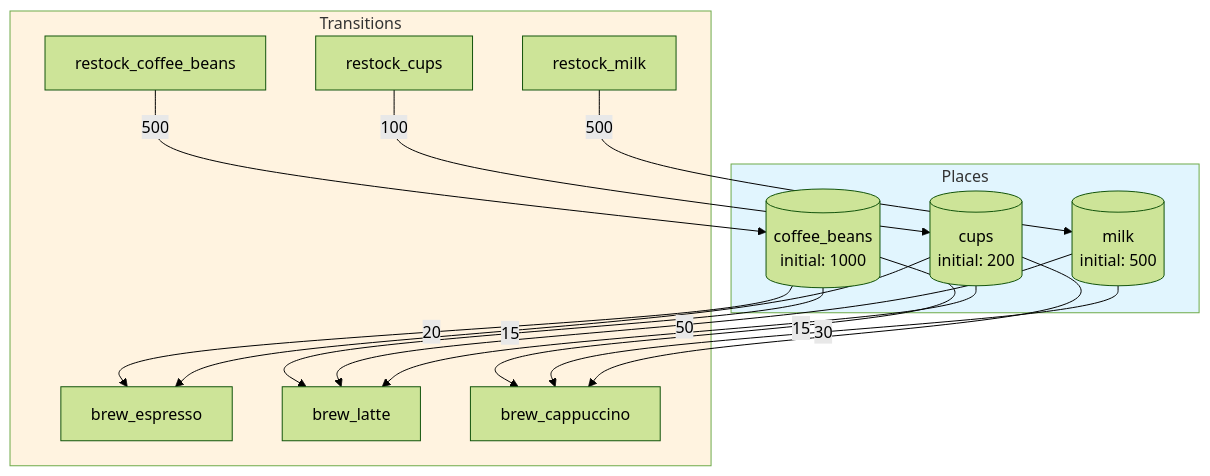
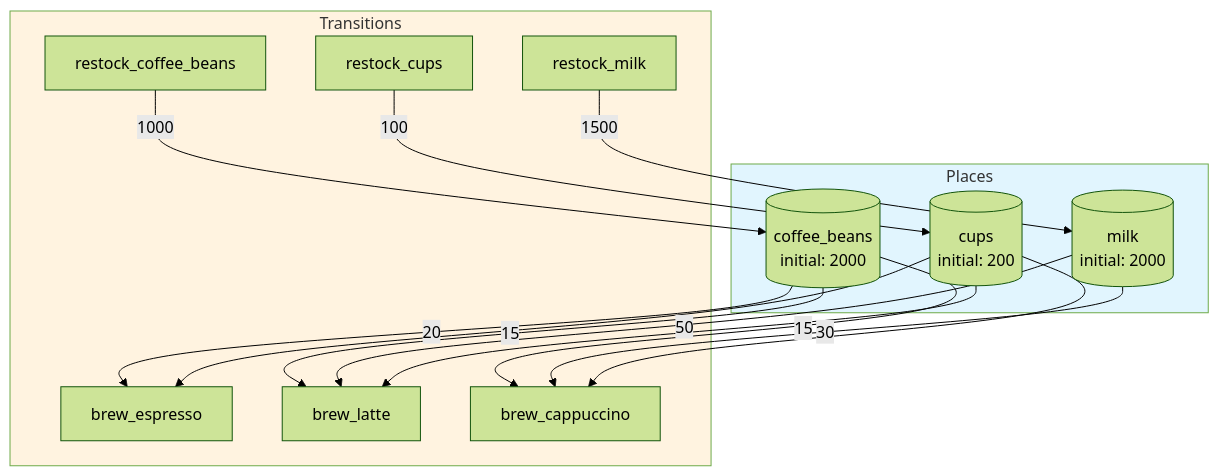
The second of 3 diagrams in generated/cafe/pantry/README.md (pflow-xyz/petri-pilot), drawn with Mermaid (forest theme) before and after one commit. The commit also changed other lines of this file and 45 other files, not shown here.

````diff
--- a/generated/cafe/pantry/README.md
+++ b/generated/cafe/pantry/README.md
@@ -88,39 +94,39 @@
 ```mermaid
 flowchart TD
     subgraph Places
-        PlaceCoffeeBeans[("coffee_beans<br/>initial: 1000")]
-        PlaceMilk[("milk<br/>initial: 500")]
+        PlaceCoffeeBeans[("coffee_beans<br/>initial: 2000")]
+        PlaceMilk[("milk<br/>initial: 2000")]
         PlaceCups[("cups<br/>initial: 200")]
     end
 
     subgraph Transitions
         t_TransitionBrewEspresso["brew_espresso"]
         t_TransitionBrewLatte["brew_latte"]
         t_TransitionBrewCappuccino["brew_cappuccino"]
         t_TransitionRestockCoffeeBeans["restock_coffee_beans"]
         t_TransitionRestockMilk["restock_milk"]
         t_TransitionRestockCups["restock_cups"]
     end
 
 
     PlaceCoffeeBeans -->|20| t_TransitionBrewEspresso
     PlaceCups --> t_TransitionBrewEspresso
 
     PlaceCoffeeBeans -->|15| t_TransitionBrewLatte
     PlaceMilk -->|50| t_TransitionBrewLatte
     PlaceCups --> t_TransitionBrewLatte
 
     PlaceCoffeeBeans -->|15| t_TransitionBrewCappuccino
     PlaceMilk -->|30| t_TransitionBrewCappuccino
     PlaceCups --> t_TransitionBrewCappuccino
 
-    t_TransitionRestockCoffeeBeans -->|500| PlaceCoffeeBeans
+    t_TransitionRestockCoffeeBeans -->|1000| PlaceCoffeeBeans
 
-    t_TransitionRestockMilk -->|500| PlaceMilk
+    t_TransitionRestockMilk -->|1500| PlaceMilk
 
     t_TransitionRestockCups -->|100| PlaceCups
 
 
     style Places fill:#e1f5fe
     style Transitions fill:#fff3e0
 ```
````
